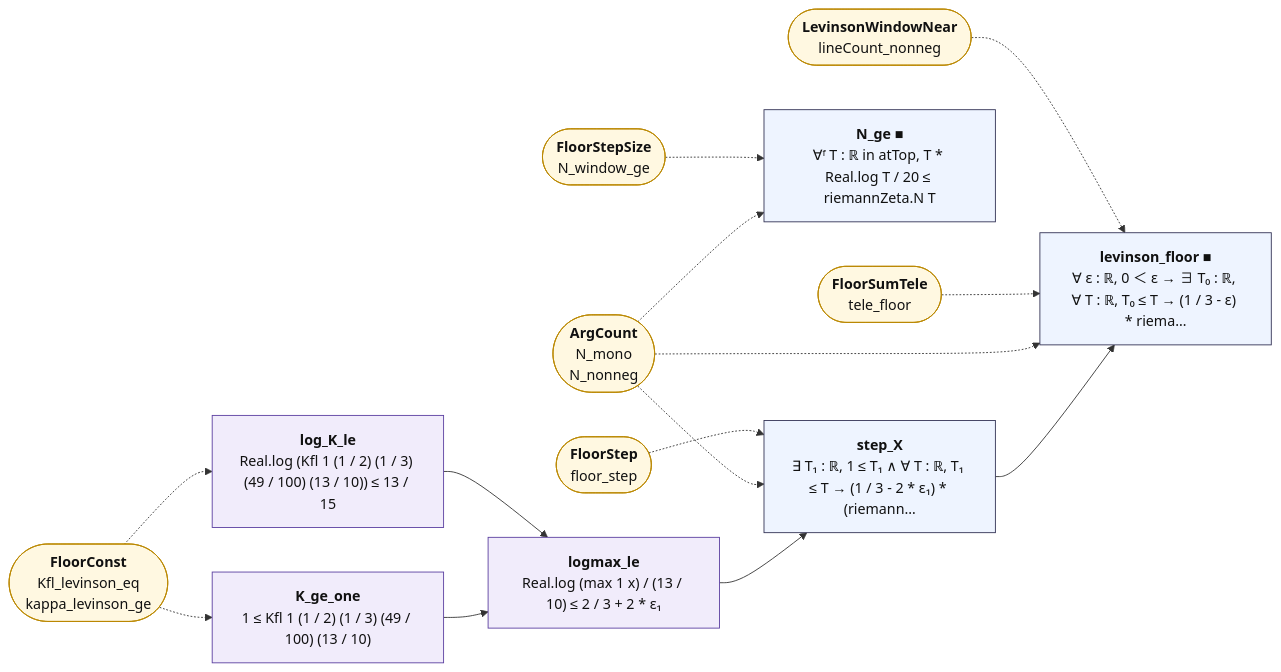
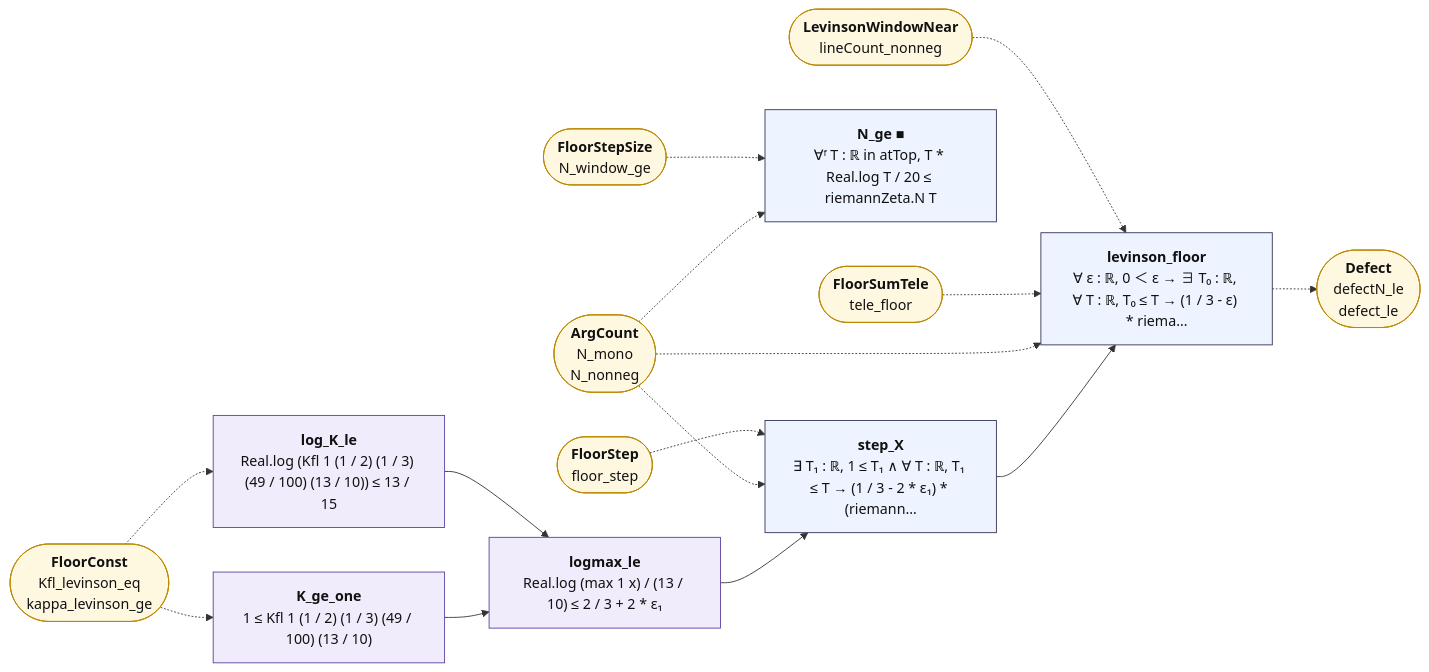
Before and after one commit to juliansambranojr/Primebeat_081426: the diagram in map/lean_stage3/FloorSum.mmd, drawn with Mermaid. The commit also changed 25 other files, not shown here.

```diff
--- a/map/lean_stage3/FloorSum.mmd
+++ b/map/lean_stage3/FloorSum.mmd
@@ -1,34 +1,36 @@
 flowchart LR
   n0["<b>K_ge_one</b><br/>1 ≤ Kfl 1 (1 / 2) (1 / 3) (49 / 100) (13 / 10)"]:::shp
   n1["<b>log_K_le</b><br/>Real.log (Kfl 1 (1 / 2) (1 / 3) (49 / 100) (13 / 10)) ≤ 13 / 15"]:::shp
   n2["<b>logmax_le</b><br/>Real.log (max 1 x) / (13 / 10) ≤ 2 / 3 + 2 * ε₁"]:::shp
   n3["<b>step_X</b><br/>∃ T₁ : ℝ, 1 ≤ T₁ ∧ ∀ T : ℝ, T₁ ≤ T → (1 / 3 - 2 * ε₁) * (riemann…"]:::thm
   n4["<b>N_ge ■</b><br/>∀ᶠ T : ℝ in atTop, T * Real.log T / 20 ≤ riemannZeta.N T"]:::thm
-  n5["<b>levinson_floor ■</b><br/>∀ ε : ℝ, 0 ＜ ε → ∃ T₀ : ℝ, ∀ T : ℝ, T₀ ≤ T → (1 / 3 - ε) * riema…"]:::thm
+  n5["<b>levinson_floor</b><br/>∀ ε : ℝ, 0 ＜ ε → ∃ T₀ : ℝ, ∀ T : ℝ, T₀ ≤ T → (1 / 3 - ε) * riema…"]:::thm
   x0(["<b>FloorConst</b><br/>Kfl_levinson_eq<br/>kappa_levinson_ge"]):::ext
   x1(["<b>ArgCount</b><br/>N_mono<br/>N_nonneg"]):::ext
   x2(["<b>FloorStep</b><br/>floor_step"]):::ext
   x3(["<b>FloorStepSize</b><br/>N_window_ge"]):::ext
   x4(["<b>FloorSumTele</b><br/>tele_floor"]):::ext
   x5(["<b>LevinsonWindowNear</b><br/>lineCount_nonneg"]):::ext
+  x6(["<b>Defect</b><br/>defectN_le<br/>defect_le"]):::ext
   n0 --> n2
   n1 --> n2
   n2 --> n3
   n3 --> n5
+  n5 -.-> x6
   x0 -.-> n0
   x0 -.-> n1
   x1 -.-> n3
   x1 -.-> n4
   x1 -.-> n5
   x2 -.-> n3
   x3 -.-> n4
   x4 -.-> n5
   x5 -.-> n5
   classDef cnt fill:#dff5ec,stroke:#17694a,color:#111
   classDef shp fill:#f1ecfb,stroke:#5b3fa0,color:#111
   classDef rh fill:#ffe5e5,stroke:#c22,color:#111,stroke-width:2px
   classDef thm fill:#eef4ff,stroke:#335,color:#111
   classDef end_ fill:#e7f7e7,stroke:#2a7,color:#111,stroke-width:2px
   classDef lone fill:#fff,stroke:#999,color:#111,stroke-dasharray:4 3
   classDef bad fill:#ffe5e5,stroke:#c22,color:#111,stroke-width:2px
   classDef ext fill:#fff8e1,stroke:#b80,color:#111
```
